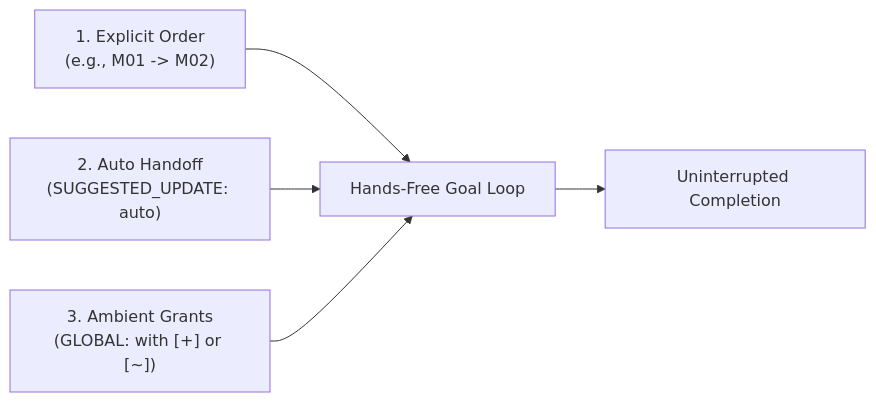
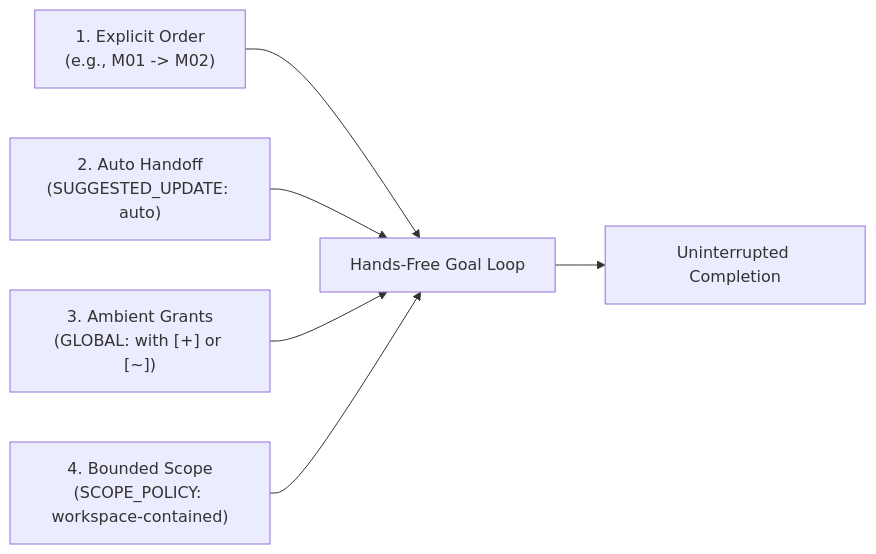
Before and after one commit to tabilet/skills: the second of 2 diagrams in docs/authorizations.md, drawn with Mermaid. The commit also changed other lines of this file and 12 other files, not shown here.

Commit message:
release: v2.8.1 - bounded workspace scope policy and milestone policy overrides

````diff
--- a/docs/authorizations.md
+++ b/docs/authorizations.md
@@ -153,7 +153,8 @@
 ```mermaid
 flowchart LR
     L1["1. Explicit Order<br/>(e.g., M01 -> M02)"] --> Auto["Hands-Free Goal Loop"]
     L2["2. Auto Handoff<br/>(SUGGESTED_UPDATE: auto)"] --> Auto
     L3["3. Ambient Grants<br/>(GLOBAL: with [+] or [~])"] --> Auto
+    L4["4. Bounded Scope<br/>(SCOPE_POLICY: workspace-contained)"] --> Auto
     Auto --> Complete["Uninterrupted Completion"]
 ```
````
